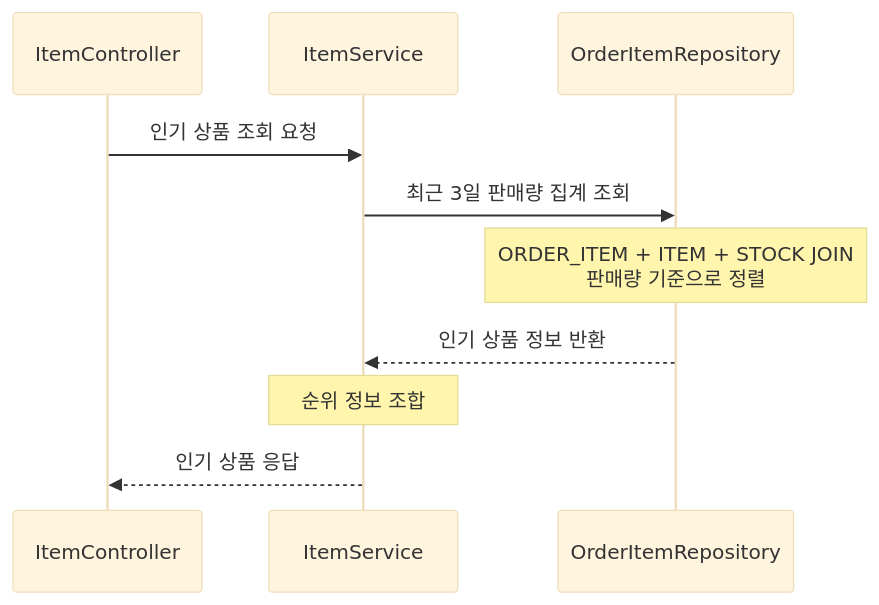
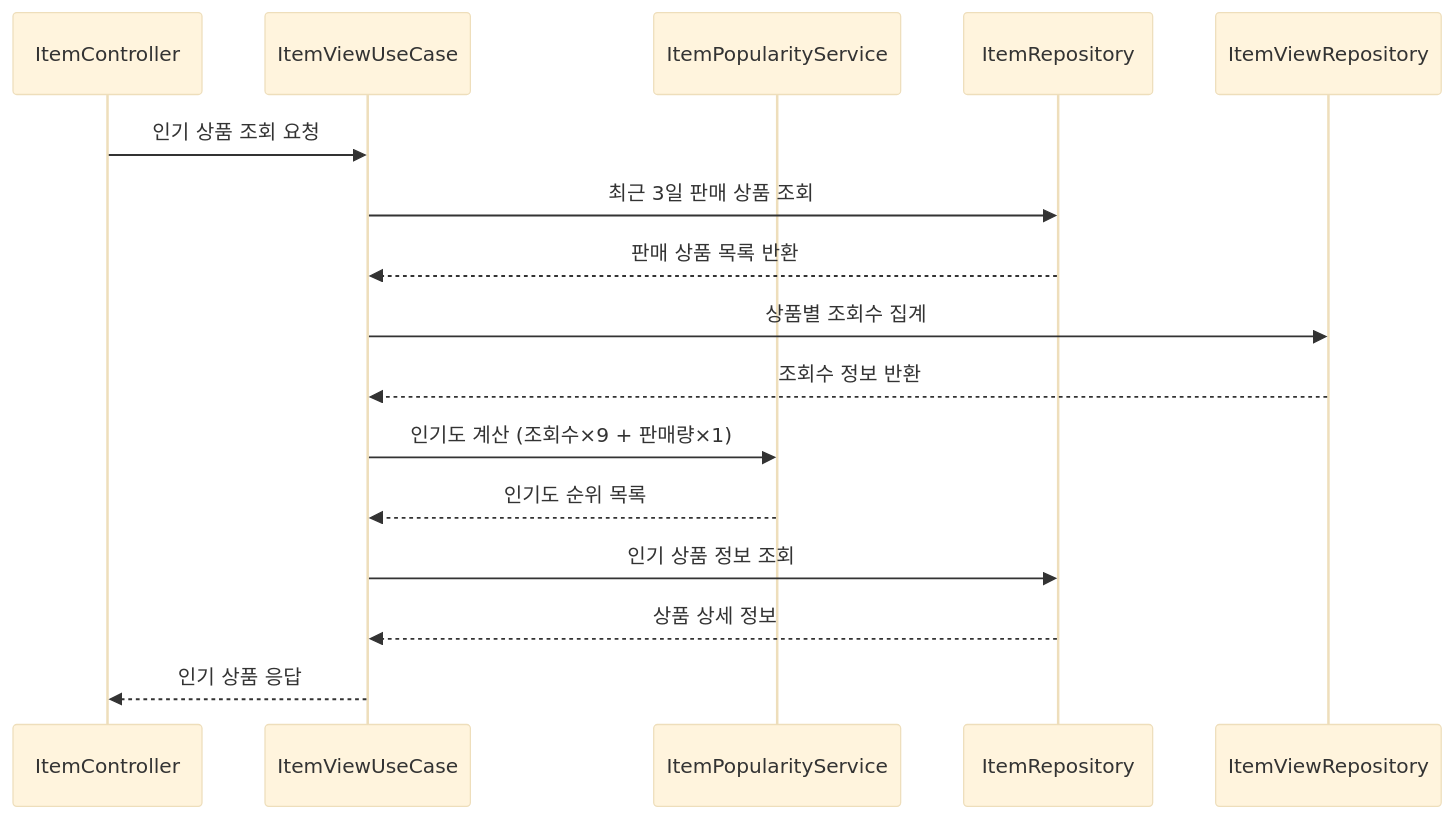
Before and after one commit to hwangdaesun/e-commerce: the third of 9 diagrams in README.md, drawn with Mermaid (base theme). The commit also changed other lines of this file, not shown here.

Commit message:
docs : 주문하기 시퀀스 다이어그램 수정

````diff
--- a/README.md
+++ b/README.md
@@ -54,13 +54,19 @@
 ```mermaid
 sequenceDiagram
       participant Controller as ItemController
-      participant Service as ItemService
-      participant OrderItemRepo as OrderItemRepository
+      participant UseCase as ItemViewUseCase
+      participant PopularityService as ItemPopularityService
+      participant ItemRepo as ItemRepository
+      participant ItemViewRepo as ItemViewRepository
 
-      Controller->>Service: 인기 상품 조회 요청
-      Service->>OrderItemRepo: 최근 3일 판매량 집계 조회
-      Note over OrderItemRepo: ORDER_ITEM + ITEM + STOCK JOIN <br/>판매량 기준으로 정렬
-      OrderItemRepo-->>Service: 인기 상품 정보 반환
-      Note over Service: 순위 정보 조합
-      Service-->>Controller: 인기 상품 응답
+      Controller->>UseCase: 인기 상품 조회 요청
+      UseCase->>ItemRepo: 최근 3일 판매 상품 조회
+      ItemRepo-->>UseCase: 판매 상품 목록 반환
+      UseCase->>ItemViewRepo: 상품별 조회수 집계
+      ItemViewRepo-->>UseCase: 조회수 정보 반환
+      UseCase->>PopularityService: 인기도 계산 (조회수×9 + 판매량×1)
+      PopularityService-->>UseCase: 인기도 순위 목록
+      UseCase->>ItemRepo: 인기 상품 정보 조회
+      ItemRepo-->>UseCase: 상품 상세 정보
+      UseCase-->>Controller: 인기 상품 응답
 ```
````
